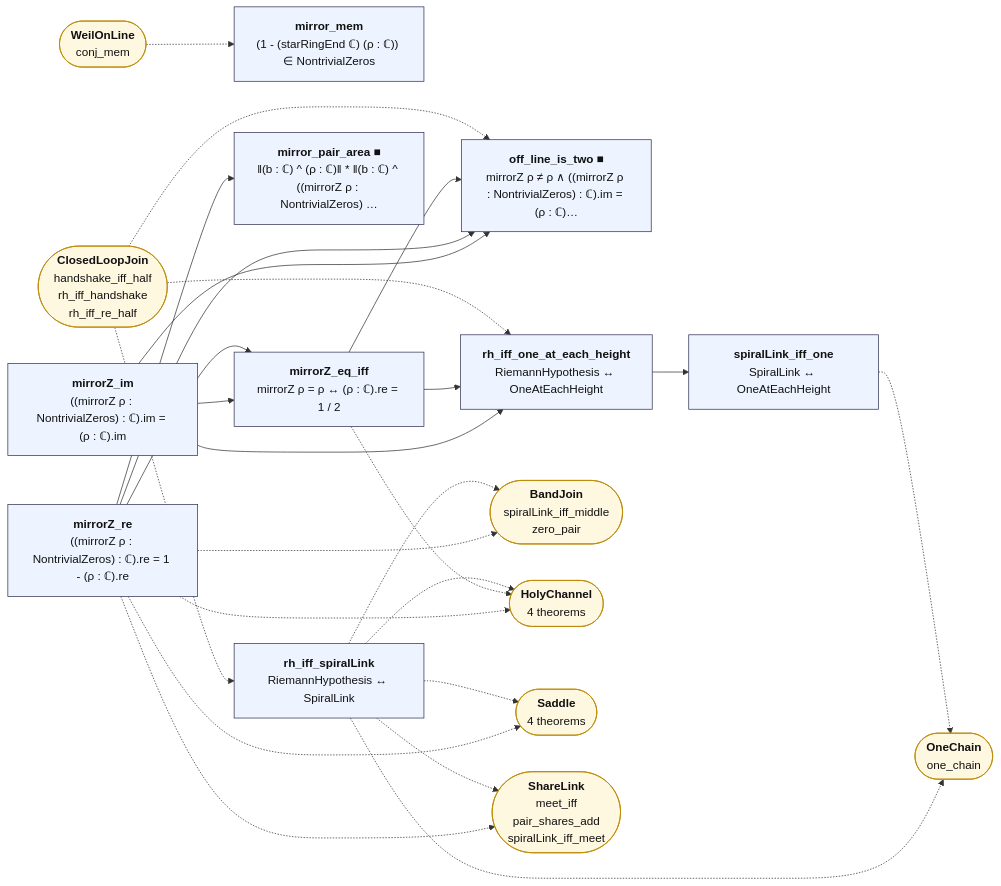
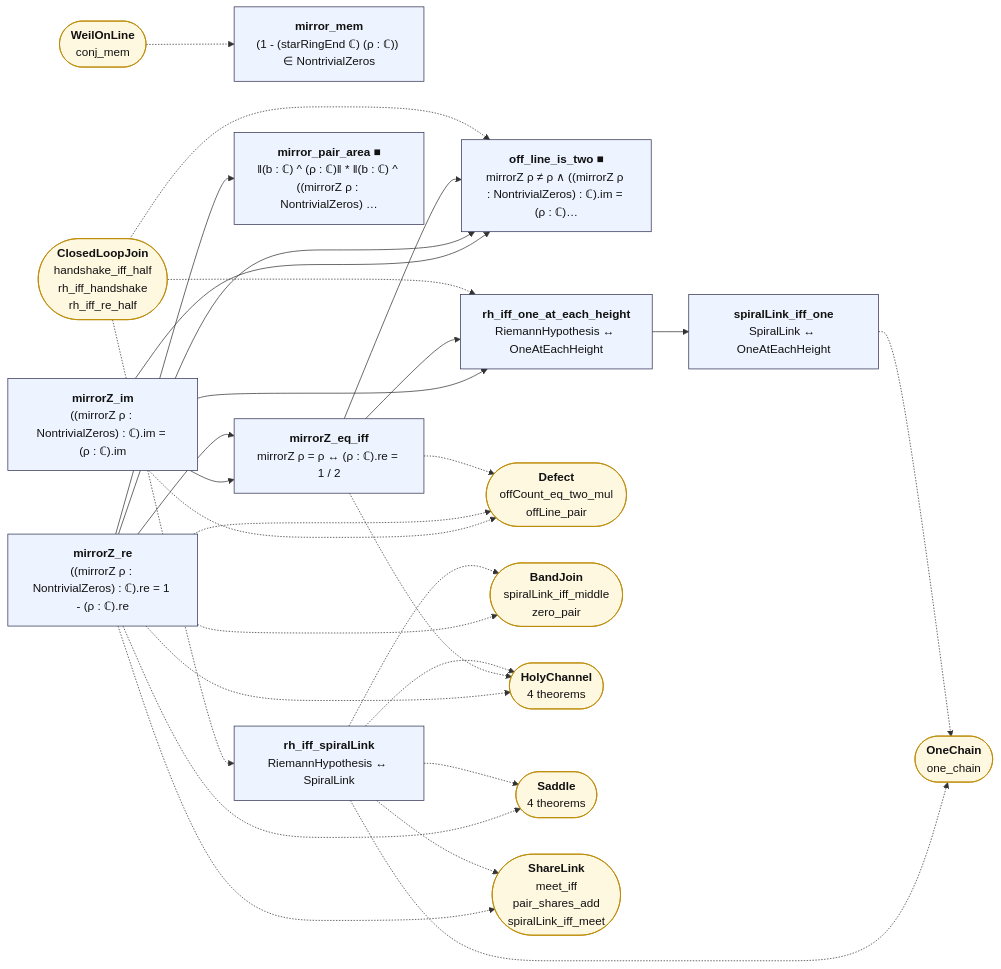
The diagram in map/lean_stage3/SpiralLink.mmd (juliansambranojr/Primebeat_081426), drawn with Mermaid before and after one commit. The commit also changed 25 other files, not shown here.

```diff
--- a/map/lean_stage3/SpiralLink.mmd
+++ b/map/lean_stage3/SpiralLink.mmd
@@ -1,49 +1,53 @@
 flowchart LR
   n0["<b>mirror_mem</b><br/>(1 - (starRingEnd ℂ) (ρ : ℂ)) ∈ NontrivialZeros"]:::thm
   n1["<b>mirrorZ_im</b><br/>((mirrorZ ρ : NontrivialZeros) : ℂ).im = (ρ : ℂ).im"]:::thm
   n2["<b>mirrorZ_re</b><br/>((mirrorZ ρ : NontrivialZeros) : ℂ).re = 1 - (ρ : ℂ).re"]:::thm
   n3["<b>mirrorZ_eq_iff</b><br/>mirrorZ ρ = ρ ↔ (ρ : ℂ).re = 1 / 2"]:::thm
   n4["<b>mirror_pair_area ■</b><br/>‖(b : ℂ) ^ (ρ : ℂ)‖ * ‖(b : ℂ) ^ ((mirrorZ ρ : NontrivialZeros) …"]:::thm
   n5["<b>off_line_is_two ■</b><br/>mirrorZ ρ ≠ ρ ∧ ((mirrorZ ρ : NontrivialZeros) : ℂ).im = (ρ : ℂ)…"]:::thm
   n6["<b>rh_iff_spiralLink</b><br/>RiemannHypothesis ↔ SpiralLink"]:::thm
   n7["<b>rh_iff_one_at_each_height</b><br/>RiemannHypothesis ↔ OneAtEachHeight"]:::thm
   n8["<b>spiralLink_iff_one</b><br/>SpiralLink ↔ OneAtEachHeight"]:::thm
   x0(["<b>WeilOnLine</b><br/>conj_mem"]):::ext
-  x1(["<b>BandJoin</b><br/>spiralLink_iff_middle<br/>zero_pair"]):::ext
-  x2(["<b>HolyChannel</b><br/>4 theorems"]):::ext
-  x3(["<b>Saddle</b><br/>4 theorems"]):::ext
-  x4(["<b>ShareLink</b><br/>meet_iff<br/>pair_shares_add<br/>spiralLink_iff_meet"]):::ext
-  x5(["<b>ClosedLoopJoin</b><br/>handshake_iff_half<br/>rh_iff_handshake<br/>rh_iff_re_half"]):::ext
-  x6(["<b>OneChain</b><br/>one_chain"]):::ext
+  x1(["<b>Defect</b><br/>offCount_eq_two_mul<br/>offLine_pair"]):::ext
+  x2(["<b>BandJoin</b><br/>spiralLink_iff_middle<br/>zero_pair"]):::ext
+  x3(["<b>HolyChannel</b><br/>4 theorems"]):::ext
+  x4(["<b>Saddle</b><br/>4 theorems"]):::ext
+  x5(["<b>ShareLink</b><br/>meet_iff<br/>pair_shares_add<br/>spiralLink_iff_meet"]):::ext
+  x6(["<b>ClosedLoopJoin</b><br/>handshake_iff_half<br/>rh_iff_handshake<br/>rh_iff_re_half"]):::ext
+  x7(["<b>OneChain</b><br/>one_chain"]):::ext
   n1 --> n3
   n1 --> n5
   n1 --> n7
   n2 --> n3
   n2 --> n4
   n2 --> n5
   n3 --> n5
   n3 --> n7
   n7 --> n8
+  n1 -.-> x1
   n2 -.-> x1
   n2 -.-> x2
   n2 -.-> x3
   n2 -.-> x4
-  n3 -.-> x2
-  n6 -.-> x1
+  n2 -.-> x5
+  n3 -.-> x1
+  n3 -.-> x3
   n6 -.-> x2
   n6 -.-> x3
   n6 -.-> x4
-  n6 -.-> x6
-  n8 -.-> x6
+  n6 -.-> x5
+  n6 -.-> x7
+  n8 -.-> x7
   x0 -.-> n0
-  x5 -.-> n5
-  x5 -.-> n6
-  x5 -.-> n7
+  x6 -.-> n5
+  x6 -.-> n6
+  x6 -.-> n7
   classDef cnt fill:#dff5ec,stroke:#17694a,color:#111
   classDef shp fill:#f1ecfb,stroke:#5b3fa0,color:#111
   classDef rh fill:#ffe5e5,stroke:#c22,color:#111,stroke-width:2px
   classDef thm fill:#eef4ff,stroke:#335,color:#111
   classDef end_ fill:#e7f7e7,stroke:#2a7,color:#111,stroke-width:2px
   classDef lone fill:#fff,stroke:#999,color:#111,stroke-dasharray:4 3
   classDef bad fill:#ffe5e5,stroke:#c22,color:#111,stroke-width:2px
   classDef ext fill:#fff8e1,stroke:#b80,color:#111
```
